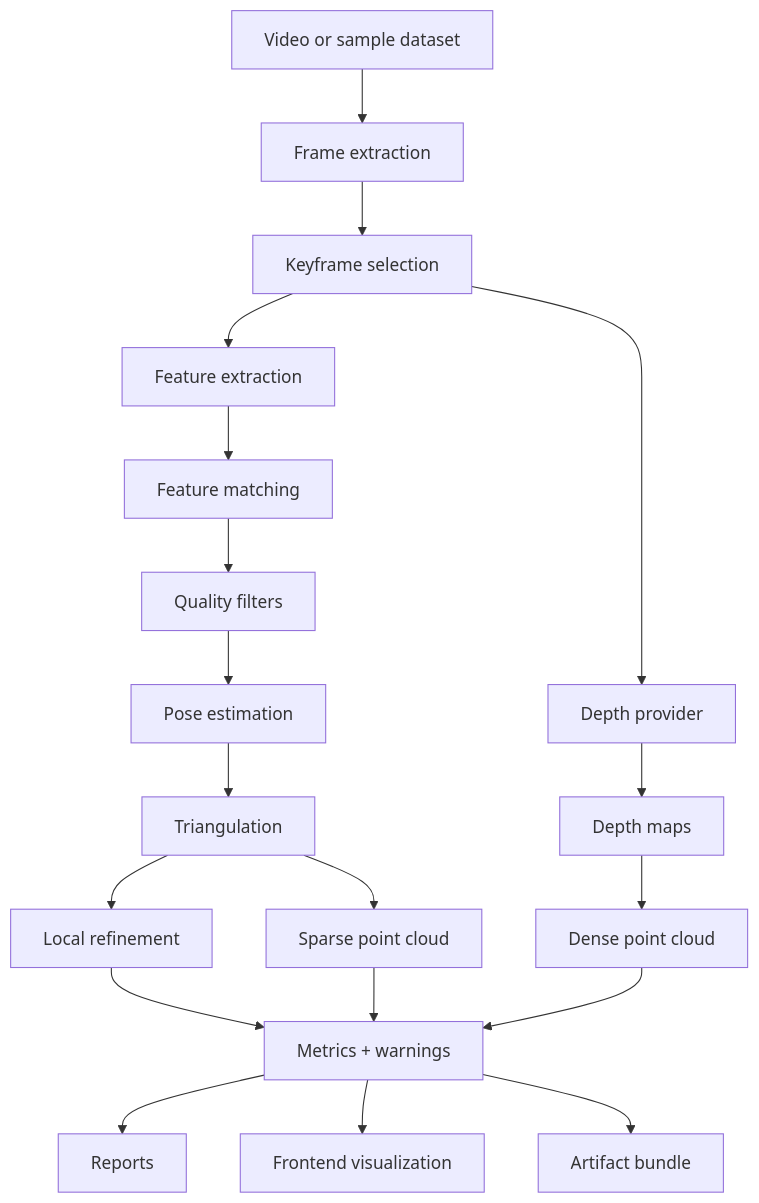
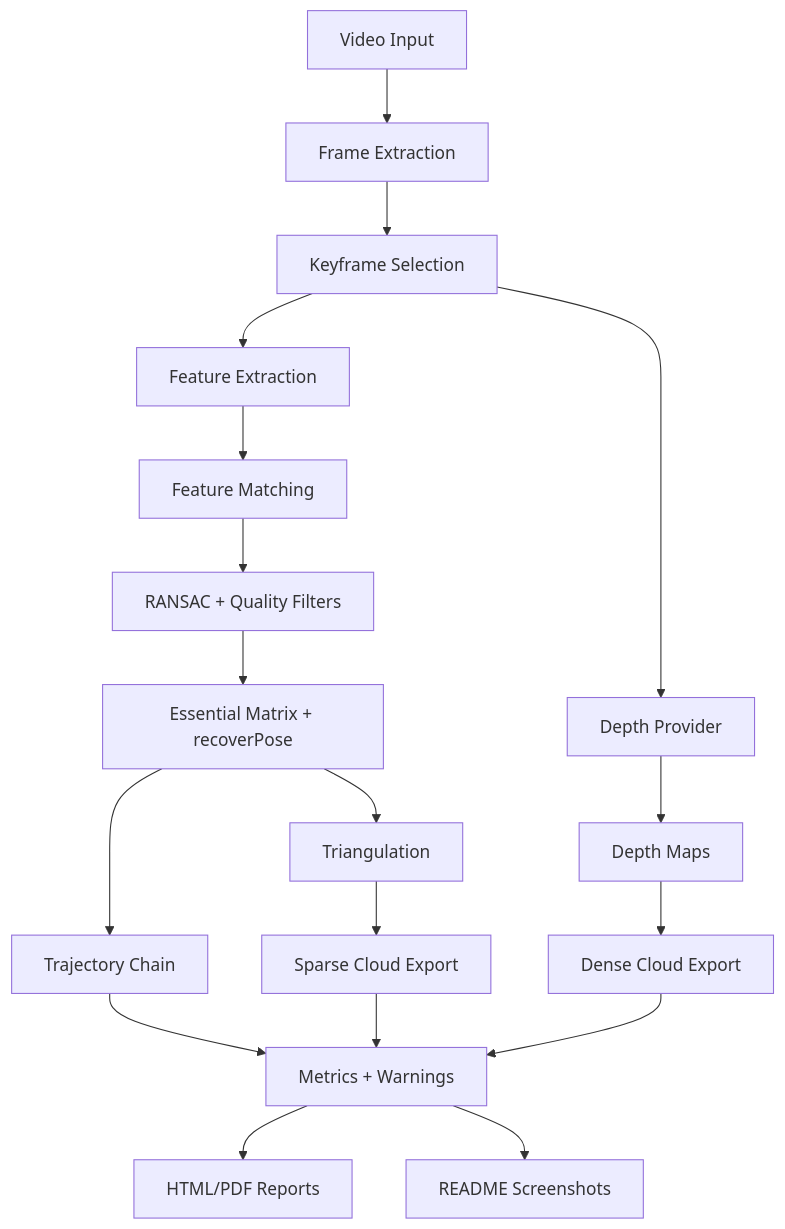
Before and after one commit to HUSNAIN-MUNAWAR/SceneMotion-3D: the second of 3 diagrams in README.md, drawn with Mermaid. The commit also changed other lines of this file and 36 other files, not shown here.

````diff
--- a/README.md
+++ b/README.md
@@ -126,21 +90,20 @@
 ```mermaid
 flowchart TD
-    A[Video or sample dataset] --> B[Frame extraction]
-    B --> C[Keyframe selection]
-    C --> D[Feature extraction]
-    D --> E[Feature matching]
-    E --> F[Quality filters]
-    F --> G[Pose estimation]
-    G --> H[Triangulation]
-    H --> I[Local refinement]
-    C --> J[Depth provider]
-    J --> K[Depth maps]
-    K --> L[Dense point cloud]
-    H --> M[Sparse point cloud]
-    I --> N[Metrics + warnings]
-    L --> N
+    A[Video Input] --> B[Frame Extraction]
+    B --> C[Keyframe Selection]
+    C --> D[Feature Extraction]
+    D --> E[Feature Matching]
+    E --> F[RANSAC + Quality Filters]
+    F --> G[Essential Matrix + recoverPose]
+    G --> H[Trajectory Chain]
+    G --> I[Triangulation]
+    I --> J[Sparse Cloud Export]
+    C --> K[Depth Provider]
+    K --> L[Depth Maps]
+    L --> M[Dense Cloud Export]
+    H --> N[Metrics + Warnings]
+    J --> N
     M --> N
-    N --> O[Reports]
-    N --> P[Frontend visualization]
-    N --> Q[Artifact bundle]
+    N --> O[HTML/PDF Reports]
+    N --> P[README Screenshots]
 ```
````
